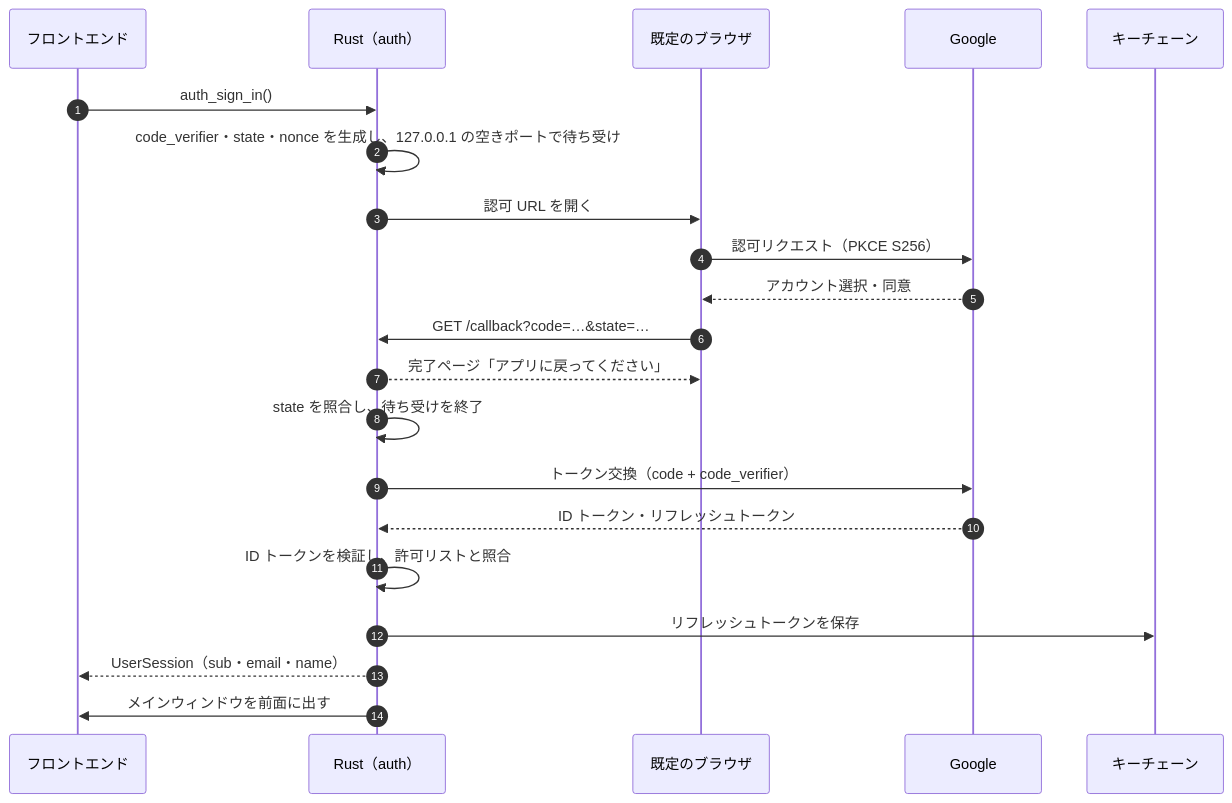
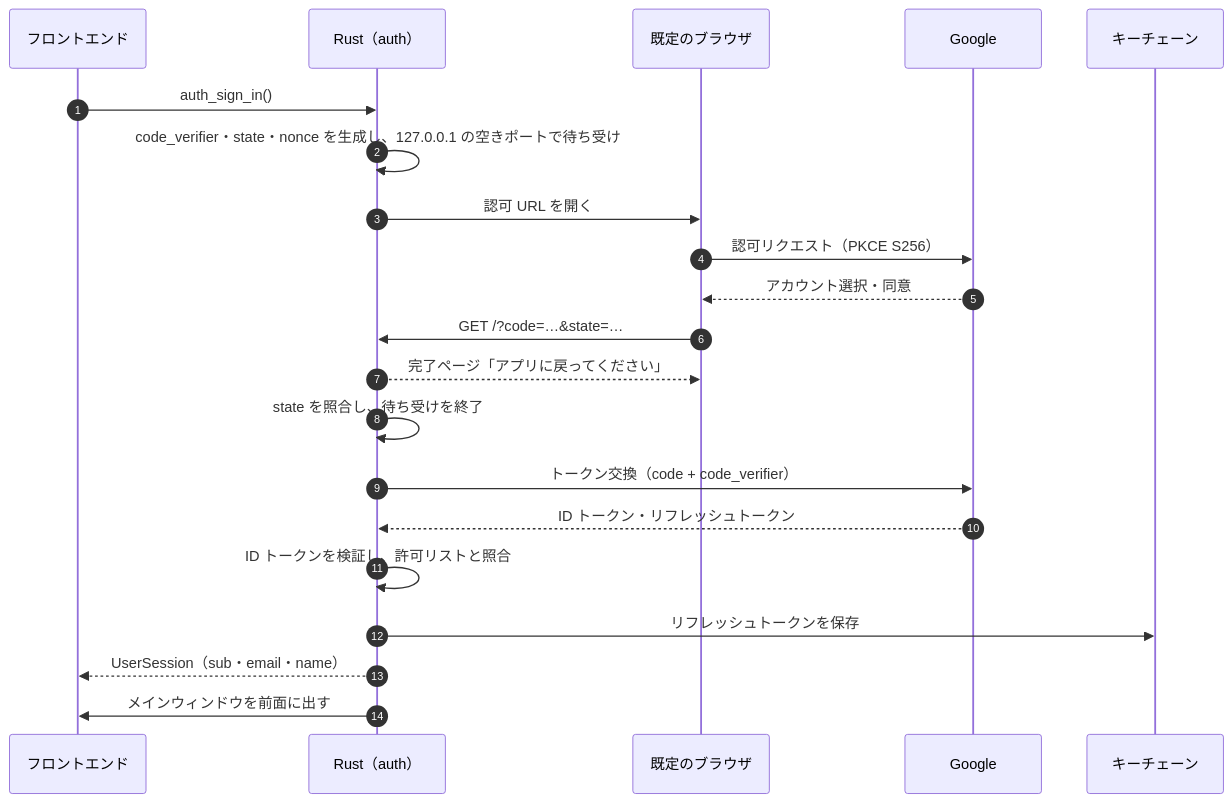
Before and after one commit to Sh1gekicks/s3driveapp: the first of 6 diagrams in docs/design/04-features.md, drawn with Mermaid. The commit also changed other lines of this file and 79 other files, not shown here.

````diff
--- a/docs/design/04-features.md
+++ b/docs/design/04-features.md
@@ -20,23 +20,23 @@
 ```mermaid
 sequenceDiagram
   autonumber
   participant UI as フロントエンド
   participant RS as Rust（auth）
   participant BR as 既定のブラウザ
   participant G as Google
   participant KC as キーチェーン
   UI->>RS: auth_sign_in()
   RS->>RS: code_verifier・state・nonce を生成し、127.0.0.1 の空きポートで待ち受け
   RS->>BR: 認可 URL を開く
   BR->>G: 認可リクエスト（PKCE S256）
   G-->>BR: アカウント選択・同意
-  BR->>RS: GET /callback?code=…&state=…
+  BR->>RS: GET /?code=…&state=…
   RS-->>BR: 完了ページ「アプリに戻ってください」
   RS->>RS: state を照合し、待ち受けを終了
   RS->>G: トークン交換（code + code_verifier）
   G-->>RS: ID トークン・リフレッシュトークン
   RS->>RS: ID トークンを検証し、許可リストと照合
   RS->>KC: リフレッシュトークンを保存
   RS-->>UI: UserSession（sub・email・name）
   RS->>UI: メインウィンドウを前面に出す
 ```
````
